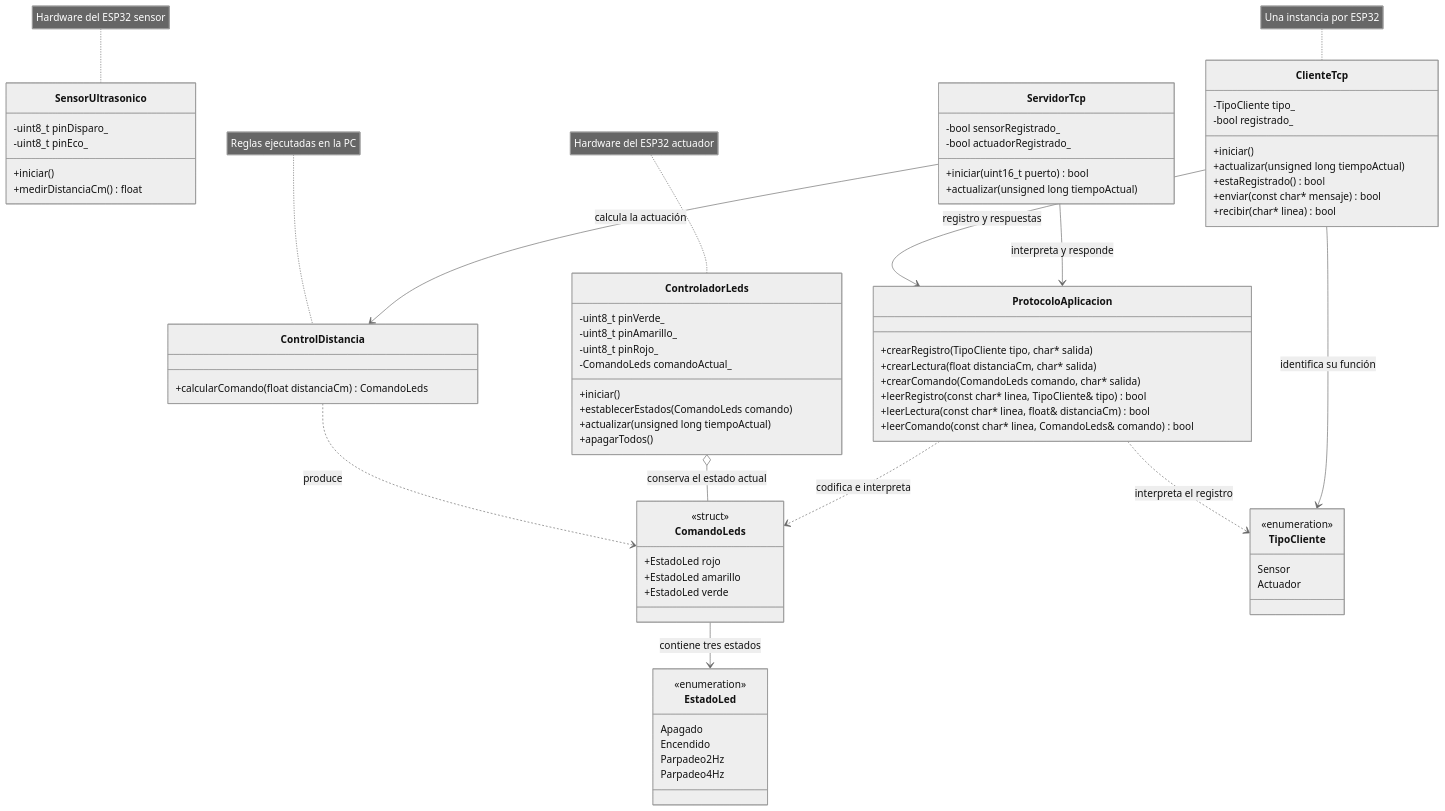
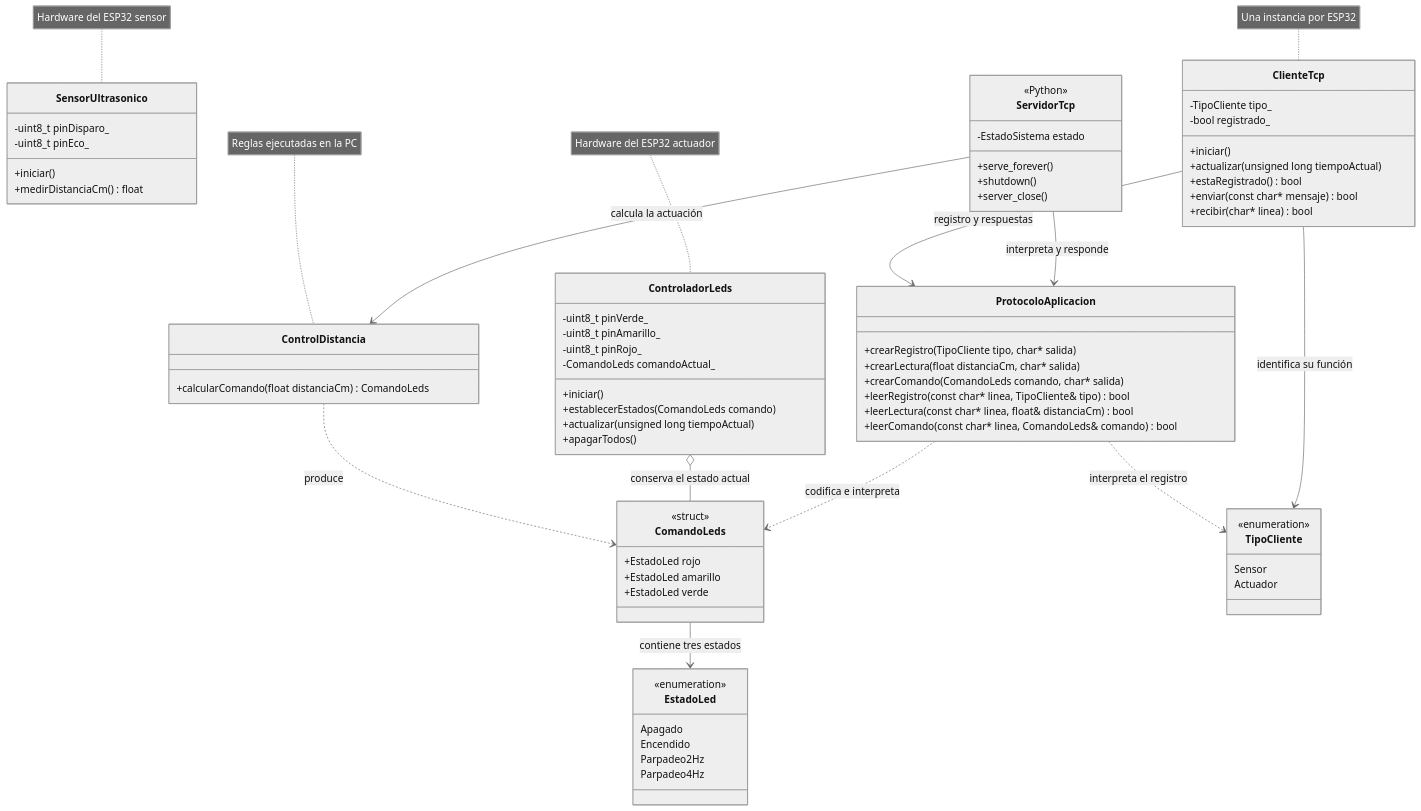
The second of 4 diagrams in docs/diagramas/Diseno_del_sistema.md (JustAdrianMercado/Integracion-de-Objetos-Inteligentes-con-TCP-IP), drawn with Mermaid (neutral theme) before and after one commit. The commit also changed other lines of this file and 31 other files, not shown here.

Commit message:
fix: reorganize architecture

```diff
--- a/docs/diagramas/Diseno_del_sistema.md
+++ b/docs/diagramas/Diseno_del_sistema.md
@@ -205,10 +205,11 @@
     }
 
     class ServidorTcp {
-        -bool sensorRegistrado_
-        -bool actuadorRegistrado_
-        +iniciar(uint16_t puerto) bool
-        +actualizar(unsigned long tiempoActual)
+        <<Python>>
+        -EstadoSistema estado
+        +serve_forever()
+        +shutdown()
+        +server_close()
     }
 
     ComandoLeds --> EstadoLed : contiene tres estados
```
